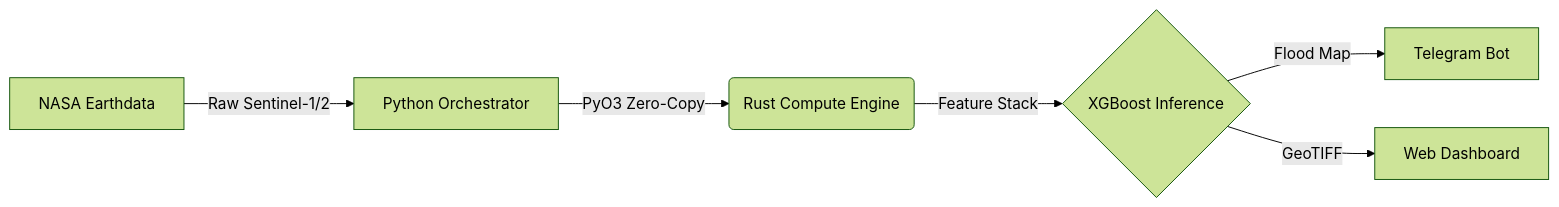
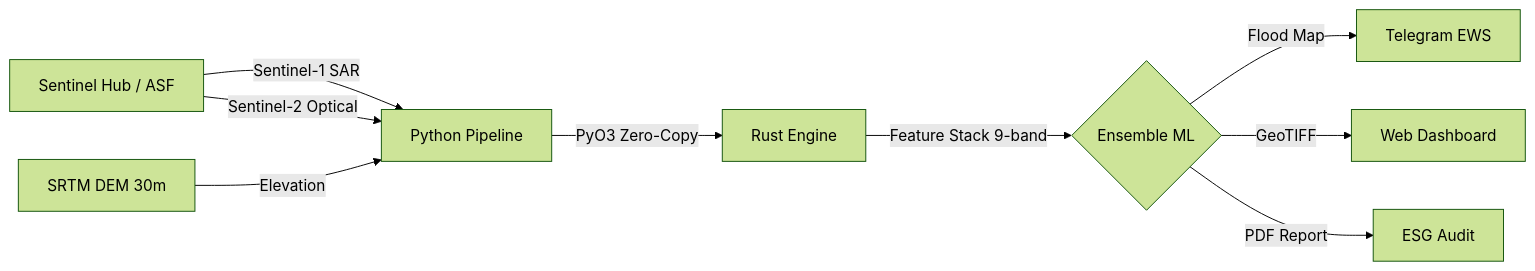
Before and after one commit to rizkiagustiawan/geo-ntb-flood-ai: the diagram in README.md, drawn with Mermaid (forest theme). The commit also changed other lines of this file and 42 other files, not shown here.

````diff
--- a/README.md
+++ b/README.md
@@ -3,8 +3,11 @@
 ```mermaid
 graph LR
-    A[NASA Earthdata] -->|Raw Sentinel-1/2| B[Python Orchestrator]
-    B -->|PyO3 Zero-Copy| C(Rust Compute Engine)
-    C -->|Feature Stack| D{XGBoost Inference}
-    D -->|Flood Map| E[Telegram Bot]
-    D -->|GeoTIFF| F[Web Dashboard]
+    A[Sentinel Hub / ASF] -->|Sentinel-1 SAR| B[Python Pipeline]
+    A -->|Sentinel-2 Optical| B
+    C[SRTM DEM 30m] -->|Elevation| B
+    B -->|PyO3 Zero-Copy| D[Rust Engine]
+    D -->|Feature Stack 9-band| E{Ensemble ML}
+    E -->|Flood Map| F[Telegram EWS]
+    E -->|GeoTIFF| G[Web Dashboard]
+    E -->|PDF Report| H[ESG Audit]
 ```
````
